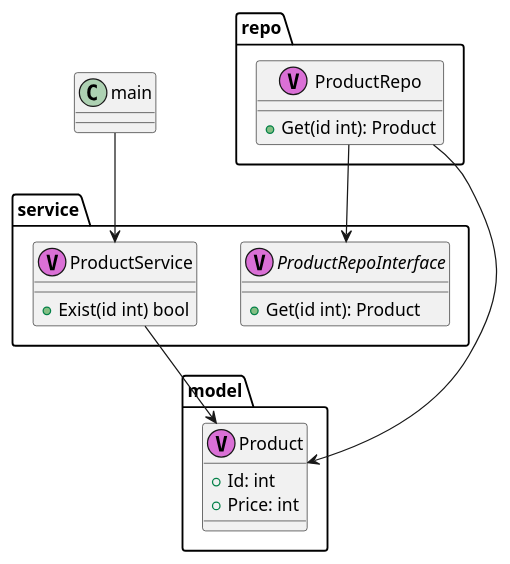
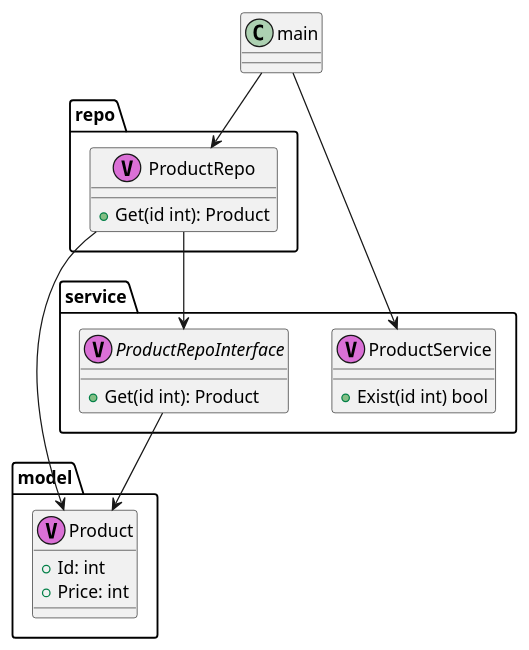
Before and after one commit to care-1040/di-sample: the diagram in arch.puml, drawn with PlantUML. The commit also changed 1 other file, not shown here.

```diff
--- a/arch.puml
+++ b/arch.puml
@@ -1,28 +1,31 @@
 @startuml
 package "model" {
     class "Product" as model.Product <<V,Orchid>> {
         +Id: int
         +Price: int
     }
 }
 
 package "repo" {
     class "ProductRepo" as repo.ProductRepo <<V,Orchid>> {
         +Get(id int): Product
     }
 }
 
 package "service" {
     class "ProductService" as service.ProductService <<V,Orchid>> {
         +Exist(id int) bool
     }
     interface "ProductRepoInterface" as service.ProductRepoInterface <<V,Orchid>> {
         +Get(id int): Product
     }
 }
 
 main --> service.ProductService
-service.ProductService --> model.Product
+main --> repo.ProductRepo
+
+service.ProductRepoInterface --> model.Product
+
 repo.ProductRepo --> model.Product
 repo.ProductRepo --> service.ProductRepoInterface
 @enduml
```
